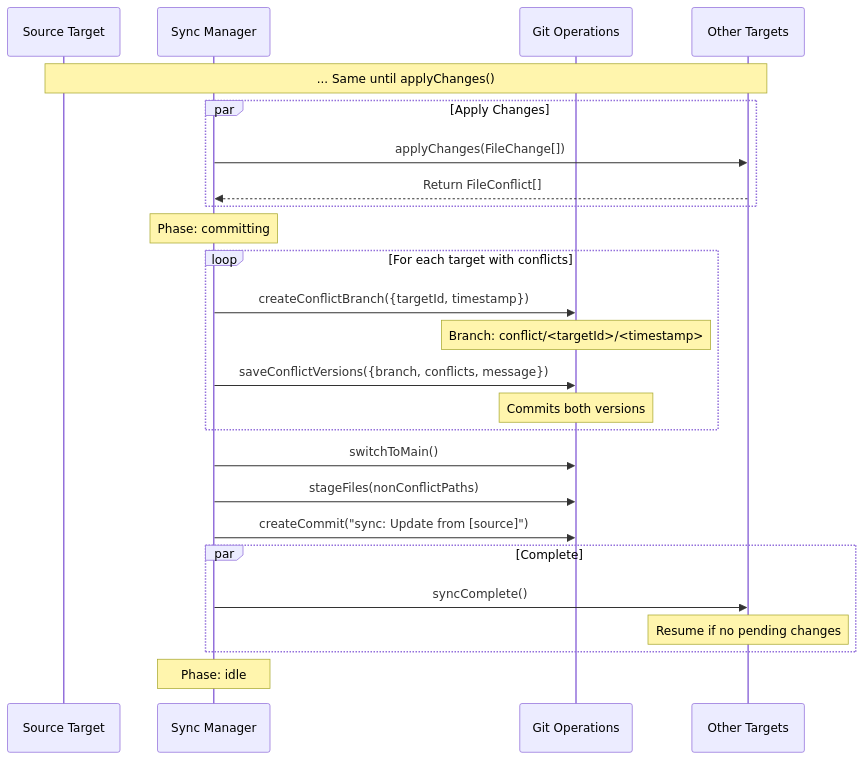
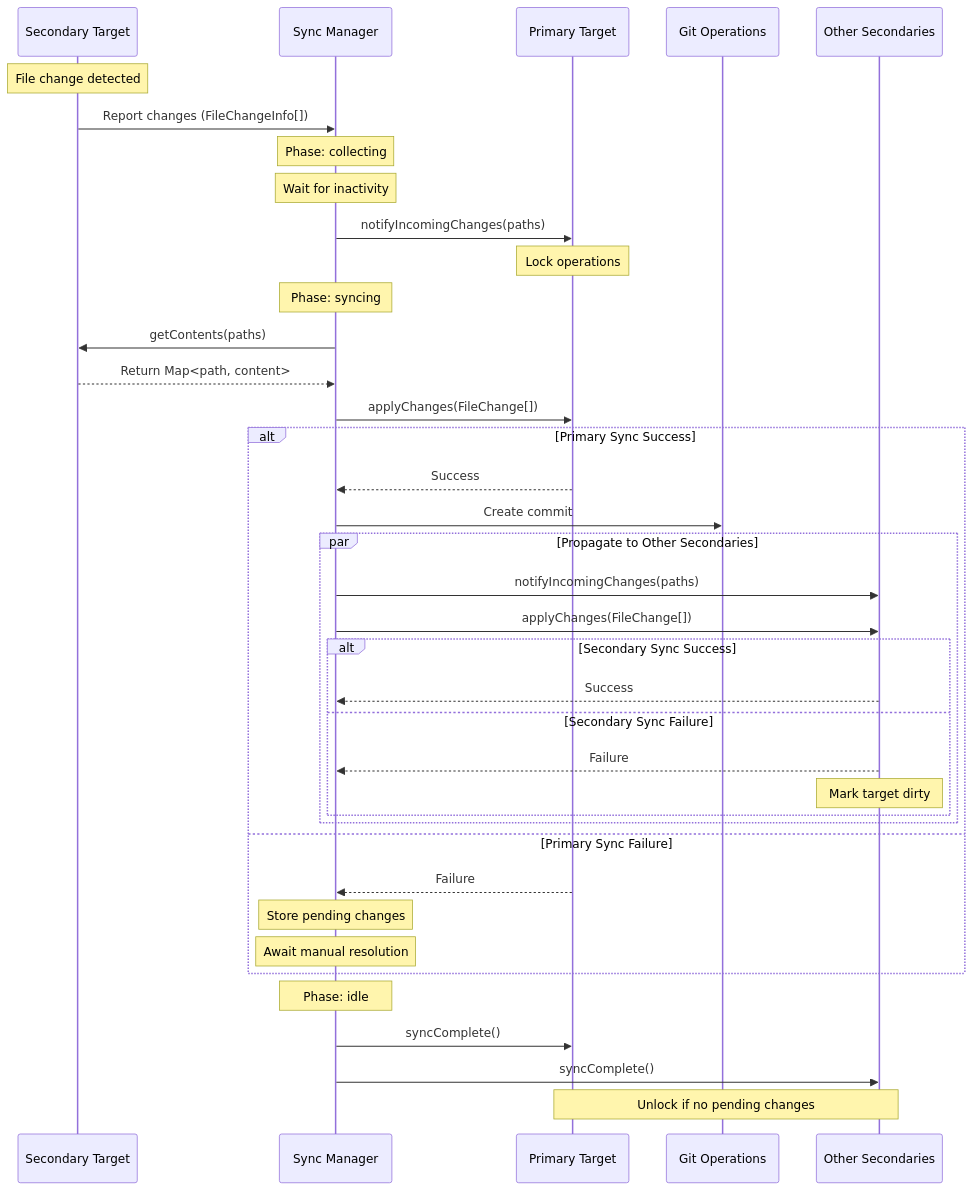
One commit to mrsimpson/piddie changed the fifth of 8 diagrams in packages/files-management/README.md. Above: the diagram before and after it, drawn with Mermaid. The commit also changed other lines of this file and 1 other file, not shown here.

Commit message:
Design: Files Sync Manager

````diff
--- a/packages/files-management/README.md
+++ b/packages/files-management/README.md
@@ -96,33 +121,50 @@
 ```mermaid
 sequenceDiagram
-    participant Source as Source Target
-    participant Manager as Sync Manager
+    participant S as Secondary Target
+    participant SM as Sync Manager
+    participant P as Primary Target
     participant Git as Git Operations
-    participant Other as Other Targets
+    participant O as Other Secondaries
 
-    Note over Source,Other: ... Same until applyChanges()
+    Note over S: File change detected
+    S->>SM: Report changes (FileChangeInfo[])
 
-    par Apply Changes
-        Manager->>Other: applyChanges(FileChange[])
-        Other-->>Manager: Return FileConflict[]
+    Note over SM: Phase: collecting
+    Note over SM: Wait for inactivity
+
+    SM->>P: notifyIncomingChanges(paths)
+    Note over P: Lock operations
+
+    Note over SM: Phase: syncing
+    SM->>S: getContents(paths)
+    S-->>SM: Return Map<path, content>
+
+    SM->>P: applyChanges(FileChange[])
+
+    alt Primary Sync Success
+        P-->>SM: Success
+        SM->>Git: Create commit
+
+        par Propagate to Other Secondaries
+            SM->>O: notifyIncomingChanges(paths)
+            SM->>O: applyChanges(FileChange[])
+            
+            alt Secondary Sync Success
+                O-->>SM: Success
+            else Secondary Sync Failure
+                O-->>SM: Failure
+                Note over O: Mark target dirty
+            end
+        end
+
+    else Primary Sync Failure
+        P-->>SM: Failure
+        Note over SM: Store pending changes
+        Note over SM: Await manual resolution
     end
 
-    Note over Manager: Phase: committing
-    loop For each target with conflicts
-        Manager->>Git: createConflictBranch({targetId, timestamp})
-        Note over Git: Branch: conflict/<targetId>/<timestamp>
-        Manager->>Git: saveConflictVersions({branch, conflicts, message})
-        Note over Git: Commits both versions
-    end
-
-    Manager->>Git: switchToMain()
-    Manager->>Git: stageFiles(nonConflictPaths)
-    Manager->>Git: createCommit("sync: Update from [source]")
-
-    par Complete
-        Manager->>Other: syncComplete()
-        Note over Other: Resume if no pending changes
-    end
-
-    Note over Manager: Phase: idle
+    Note over SM: Phase: idle
+    SM->>P: syncComplete()
+    SM->>O: syncComplete()
+    Note over P,O: Unlock if no pending changes
 ```
````
